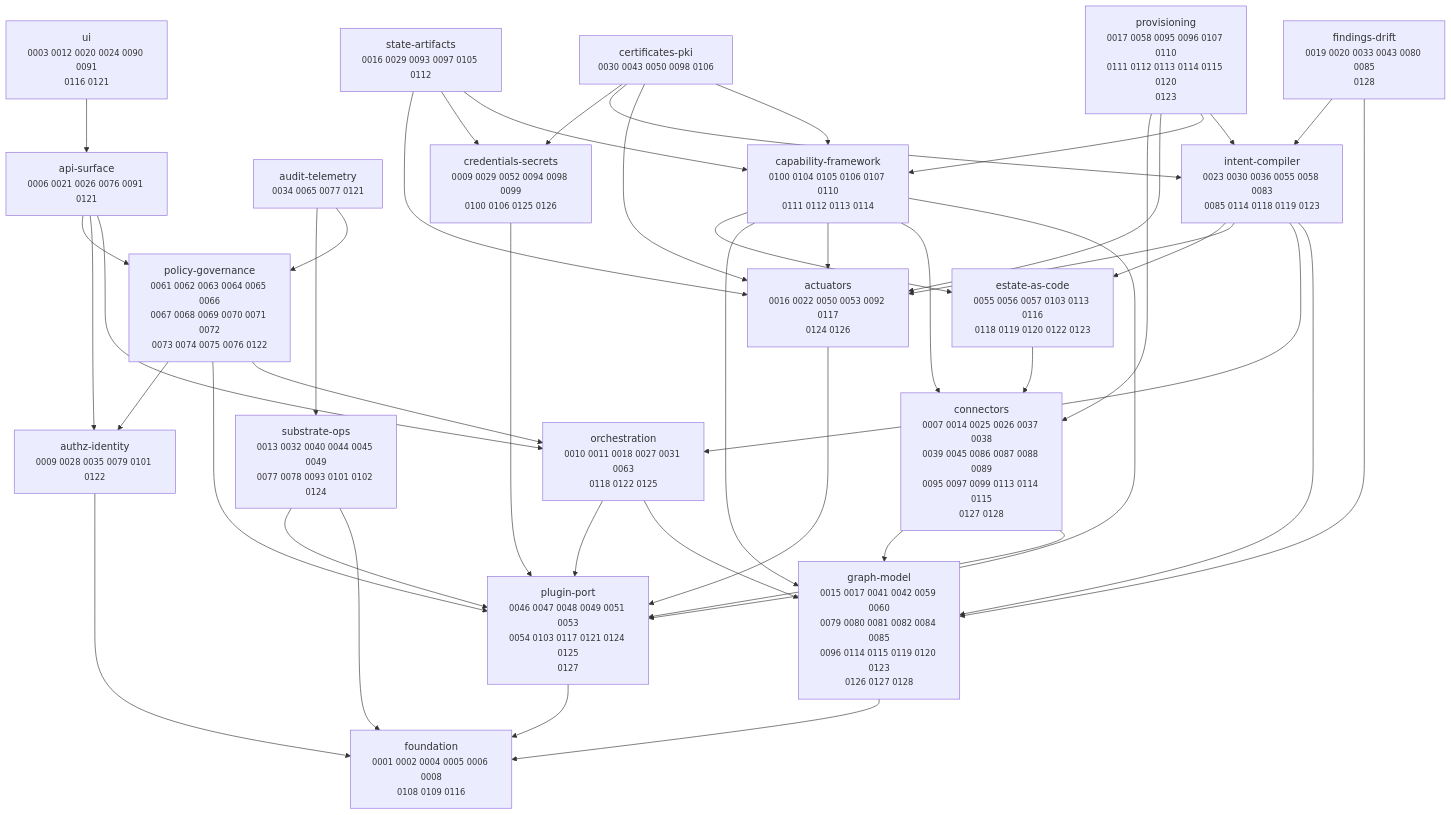
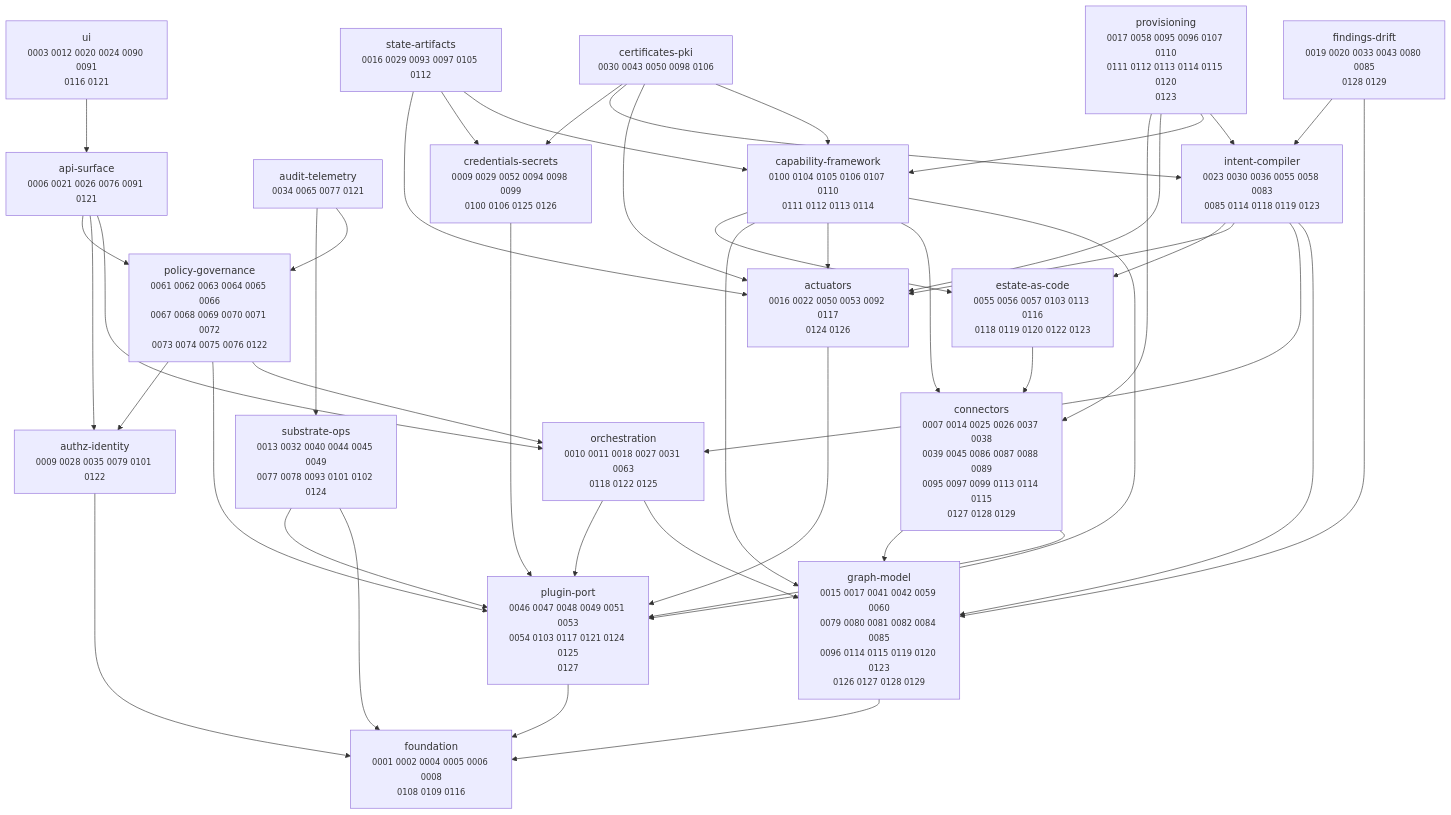
One commit to dstout-devops/stratt changed the diagram in docs/adr/MAP.md. Above: the diagram before and after it, drawn with Mermaid. The commit also changed other lines of this file and 10 other files, not shown here.

````diff
--- a/docs/adr/MAP.md
+++ b/docs/adr/MAP.md
@@ -11,67 +11,67 @@
 ```mermaid
 graph TD
   actuators["actuators<br/><small>0016 0022 0050 0053 0092 0117<br/>0124 0126</small>"]
   api_surface["api-surface<br/><small>0006 0021 0026 0076 0091 0121</small>"]
   audit_telemetry["audit-telemetry<br/><small>0034 0065 0077 0121</small>"]
   authz_identity["authz-identity<br/><small>0009 0028 0035 0079 0101 0122</small>"]
   capability_framework["capability-framework<br/><small>0100 0104 0105 0106 0107 0110<br/>0111 0112 0113 0114</small>"]
   certificates_pki["certificates-pki<br/><small>0030 0043 0050 0098 0106</small>"]
-  connectors["connectors<br/><small>0007 0014 0025 0026 0037 0038<br/>0039 0045 0086 0087 0088 0089<br/>0095 0097 0099 0113 0114 0115<br/>0127 0128</small>"]
+  connectors["connectors<br/><small>0007 0014 0025 0026 0037 0038<br/>0039 0045 0086 0087 0088 0089<br/>0095 0097 0099 0113 0114 0115<br/>0127 0128 0129</small>"]
   credentials_secrets["credentials-secrets<br/><small>0009 0029 0052 0094 0098 0099<br/>0100 0106 0125 0126</small>"]
   estate_as_code["estate-as-code<br/><small>0055 0056 0057 0103 0113 0116<br/>0118 0119 0120 0122 0123</small>"]
-  findings_drift["findings-drift<br/><small>0019 0020 0033 0043 0080 0085<br/>0128</small>"]
+  findings_drift["findings-drift<br/><small>0019 0020 0033 0043 0080 0085<br/>0128 0129</small>"]
   foundation["foundation<br/><small>0001 0002 0004 0005 0006 0008<br/>0108 0109 0116</small>"]
-  graph_model["graph-model<br/><small>0015 0017 0041 0042 0059 0060<br/>0079 0080 0081 0082 0084 0085<br/>0096 0114 0115 0119 0120 0123<br/>0126 0127 0128</small>"]
+  graph_model["graph-model<br/><small>0015 0017 0041 0042 0059 0060<br/>0079 0080 0081 0082 0084 0085<br/>0096 0114 0115 0119 0120 0123<br/>0126 0127 0128 0129</small>"]
   intent_compiler["intent-compiler<br/><small>0023 0030 0036 0055 0058 0083<br/>0085 0114 0118 0119 0123</small>"]
   orchestration["orchestration<br/><small>0010 0011 0018 0027 0031 0063<br/>0118 0122 0125</small>"]
   plugin_port["plugin-port<br/><small>0046 0047 0048 0049 0051 0053<br/>0054 0103 0117 0121 0124 0125<br/>0127</small>"]
   policy_governance["policy-governance<br/><small>0061 0062 0063 0064 0065 0066<br/>0067 0068 0069 0070 0071 0072<br/>0073 0074 0075 0076 0122</small>"]
   provisioning["provisioning<br/><small>0017 0058 0095 0096 0107 0110<br/>0111 0112 0113 0114 0115 0120<br/>0123</small>"]
   state_artifacts["state-artifacts<br/><small>0016 0029 0093 0097 0105 0112</small>"]
   substrate_ops["substrate-ops<br/><small>0013 0032 0040 0044 0045 0049<br/>0077 0078 0093 0101 0102 0124</small>"]
   ui["ui<br/><small>0003 0012 0020 0024 0090 0091<br/>0116 0121</small>"]
 
   actuators --> plugin_port
   api_surface --> orchestration
   api_surface --> authz_identity
   api_surface --> policy_governance
   audit_telemetry --> policy_governance
   audit_telemetry --> substrate_ops
   authz_identity --> foundation
   capability_framework --> plugin_port
   capability_framework --> connectors
   capability_framework --> actuators
   capability_framework --> graph_model
   capability_framework --> estate_as_code
   certificates_pki --> capability_framework
   certificates_pki --> actuators
   certificates_pki --> intent_compiler
   certificates_pki --> credentials_secrets
   connectors --> plugin_port
   connectors --> graph_model
   credentials_secrets --> plugin_port
   estate_as_code --> connectors
   findings_drift --> graph_model
   findings_drift --> intent_compiler
   graph_model --> foundation
   intent_compiler --> graph_model
   intent_compiler --> orchestration
   intent_compiler --> actuators
   intent_compiler --> estate_as_code
   orchestration --> graph_model
   orchestration --> plugin_port
   plugin_port --> foundation
   policy_governance --> orchestration
   policy_governance --> plugin_port
   policy_governance --> authz_identity
   provisioning --> intent_compiler
   provisioning --> capability_framework
   provisioning --> actuators
   provisioning --> connectors
   state_artifacts --> capability_framework
   state_artifacts --> credentials_secrets
   state_artifacts --> actuators
   substrate_ops --> foundation
   substrate_ops --> plugin_port
   ui --> api_surface
 ```
````
